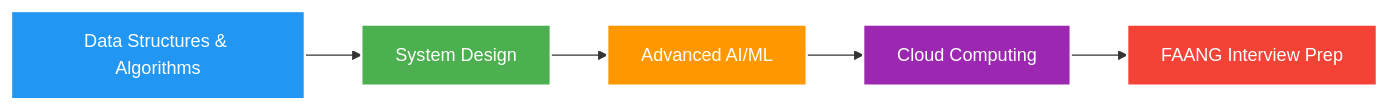
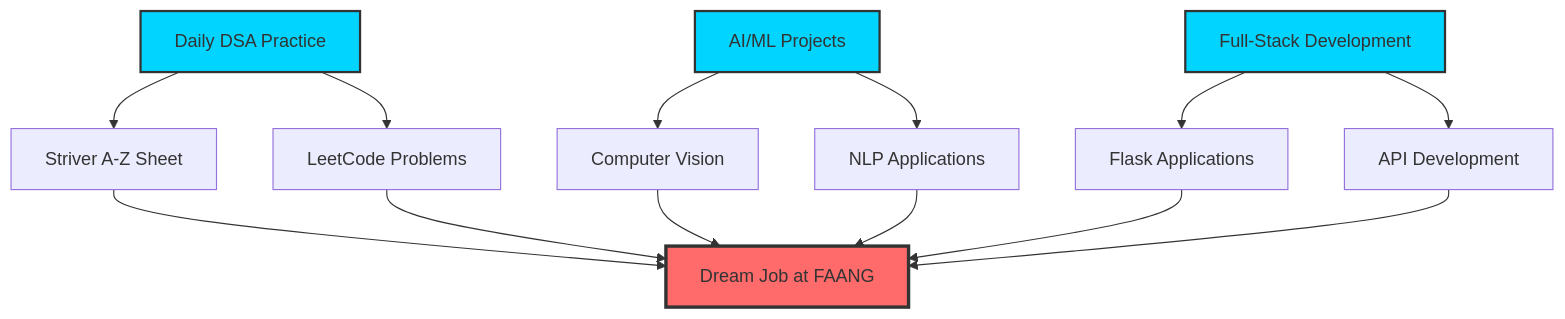
Before and after one commit to varun339658/varun339658: the diagram in README.md, drawn with Mermaid. The commit also changed other lines of this file, not shown here.

````diff
--- a/README.md
+++ b/README.md
@@ -164,13 +151,23 @@
 ```mermaid
-graph LR
-    A[Data Structures & Algorithms] --> B[System Design]
-    B --> C[Advanced AI/ML]
-    C --> D[Cloud Computing]
-    D --> E[FAANG Interview Prep]
+graph TD
+    A[Daily DSA Practice] --> B[Striver A-Z Sheet]
+    A --> C[LeetCode Problems]
     
-    style A fill:#2196F3,stroke:#fff,stroke-width:2px,color:#fff
-    style B fill:#4CAF50,stroke:#fff,stroke-width:2px,color:#fff
-    style C fill:#FF9800,stroke:#fff,stroke-width:2px,color:#fff
-    style D fill:#9C27B0,stroke:#fff,stroke-width:2px,color:#fff
-    style E fill:#F44336,stroke:#fff,stroke-width:2px,color:#fff
+    D[AI/ML Projects] --> E[Computer Vision]
+    D --> F[NLP Applications]
+    
+    G[Full-Stack Development] --> H[Flask Applications]
+    G --> I[API Development]
+    
+    B --> J[Dream Job at FAANG]
+    C --> J
+    E --> J
+    F --> J
+    H --> J
+    I --> J
+    
+    style A fill:#00d4ff,stroke:#333,stroke-width:2px
+    style D fill:#00d4ff,stroke:#333,stroke-width:2px
+    style G fill:#00d4ff,stroke:#333,stroke-width:2px
+    style J fill:#ff6b6b,stroke:#333,stroke-width:3px
 ```
````
